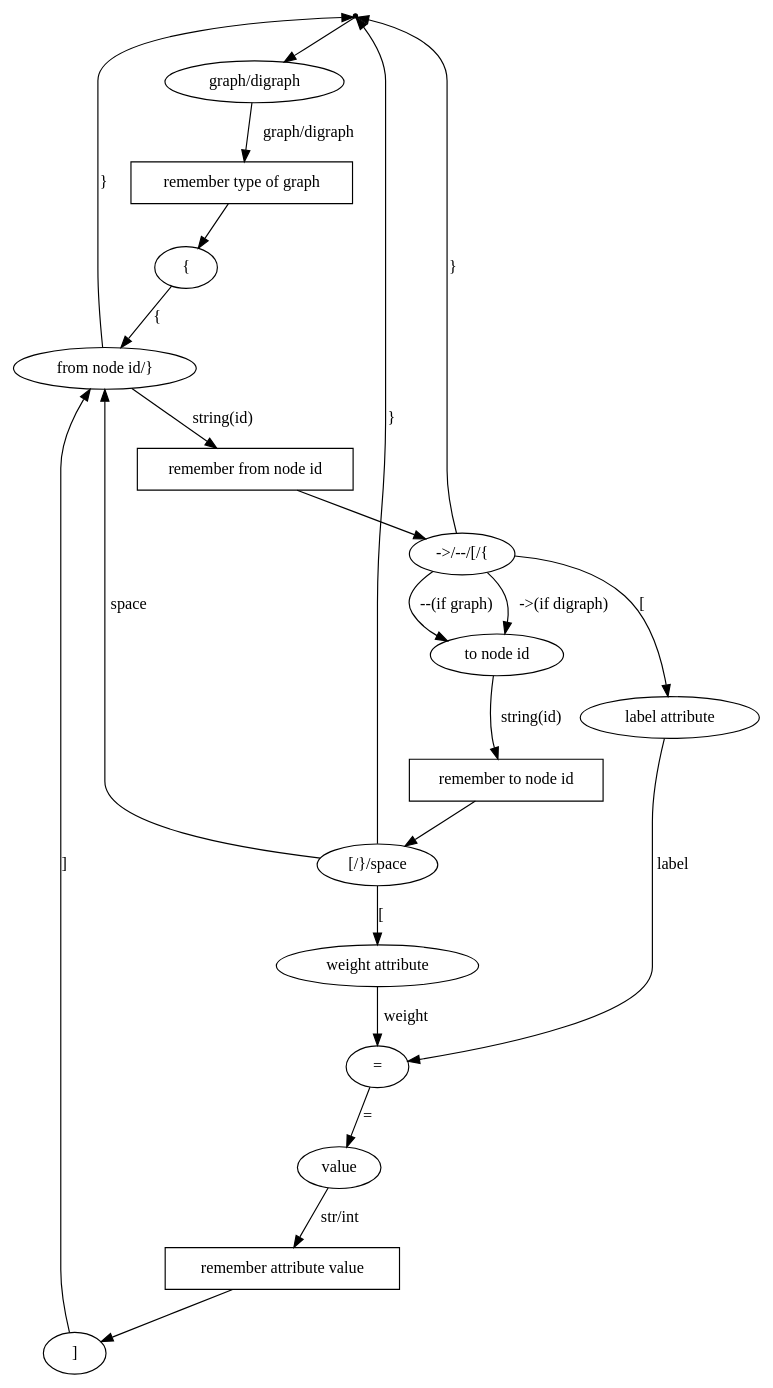
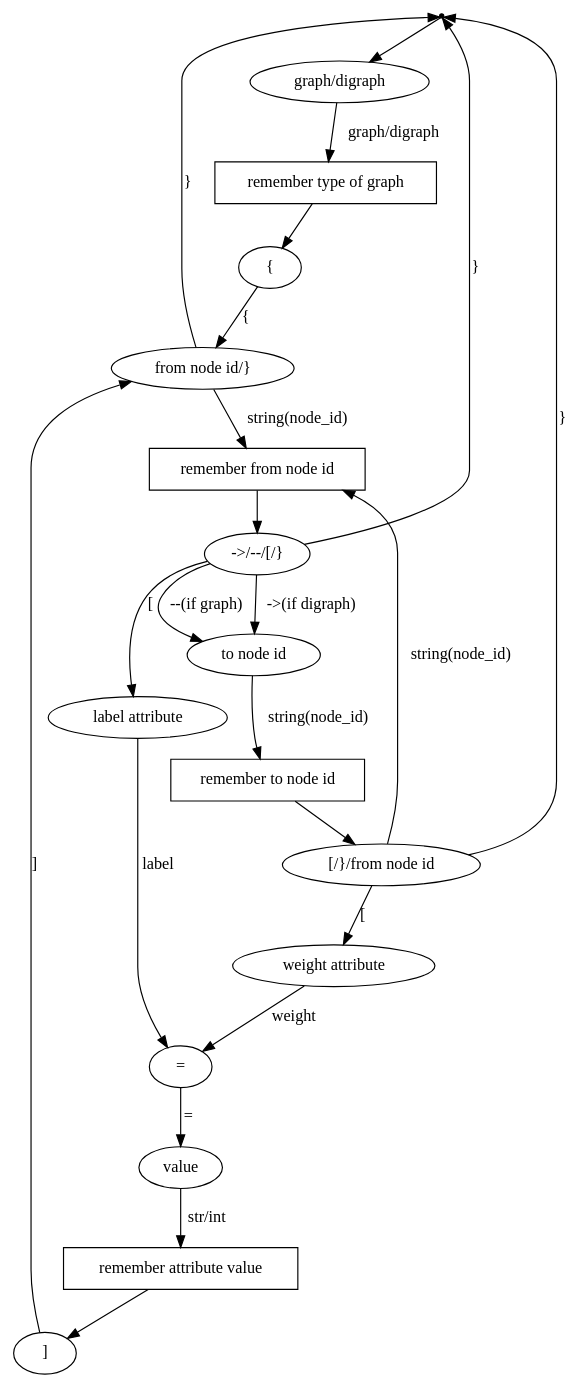
The diagram in data/proposal/lexemes.gv (AshFungor/graph-serializer), drawn with Graphviz before and after one commit. The commit also changed 1 other file, not shown here.

Commit message:
change space to from node id in after_to_node_id

```diff
--- a/data/proposal/lexemes.gv
+++ b/data/proposal/lexemes.gv
@@ -1,55 +1,55 @@
 digraph {
 	entrypoint [shape = "point"]
 	graph_start [shape = "ellipse" label = "graph/digraph"]
 	entrypoint -> graph_start 
 
 	remember_graph_type [shape = "box" label = "remember type of graph"]
 	graph_start -> remember_graph_type [label="graph/digraph"]
 
 	open_curly_bracket [shape = "ellipse" label = "{"]
 	remember_graph_type -> open_curly_bracket
 
 	from_node_id_or_close_curly_bracket [shape = "ellipse" label = "from node id/}"]
 	from_node_id_or_close_curly_bracket -> entrypoint [label = "}"]
 	open_curly_bracket -> from_node_id_or_close_curly_bracket [label="{"]
 
 	remember_from_node_id [shape="box" label="remember from node id"]
-	from_node_id_or_close_curly_bracket -> remember_from_node_id [label="string(id)"]
+	from_node_id_or_close_curly_bracket -> remember_from_node_id [label="string(node_id)"]
 	remember_from_node_id -> after_from_node_id
 
-	after_from_node_id [shape = "ellipse" label = "->/--/[/{"]
+	after_from_node_id [shape = "ellipse" label = "->/--/[/}"]
 	to_node_id [shape = "ellipse" label = "to node id"]
 	after_from_node_id -> to_node_id [label="->(if digraph)"]
 	after_from_node_id -> to_node_id [label="--(if graph)"]
 	after_from_node_id -> entrypoint [label = "}"]
 
 	label_attr [shape = "ellipse" label = "label attribute"]
 	after_from_node_id -> label_attr [label="["] 
 
 	equal [shape = "ellipse" label = "="]
 	label_attr -> equal [label="label"]
 
 	remember_to_node_id [shape="box" label="remember to node id"]
-	to_node_id -> remember_to_node_id [label="string(id)"]
+	to_node_id -> remember_to_node_id [label="string(node_id)"]
 
-	after_to_node_id [label="[/}/space"]
+	after_to_node_id [label="[/}/from node id"]
 	remember_to_node_id -> after_to_node_id
 
 	after_to_node_id -> entrypoint [label = "}"]
-	after_to_node_id -> from_node_id_or_close_curly_bracket [label = "space"]
+	after_to_node_id -> remember_from_node_id [label = "string(node_id)"]
 
 	weight_attr [shape = "ellipse" label = "weight attribute"]
 	after_to_node_id -> weight_attr [label="["] 
 
 	weight_attr -> equal [label="weight"]
 
 	attr_value [shape = "ellipse" label = "value"]
 	equal -> attr_value [label="="]
 
 	remember_attr_value [shape="box" label="remember attribute value"]
 	attr_value -> remember_attr_value [label="str/int"] 
 
 	close_square_bracket [label = "]"]
 	remember_attr_value -> close_square_bracket
 	close_square_bracket -> from_node_id_or_close_curly_bracket [label="]"]
 }
```
